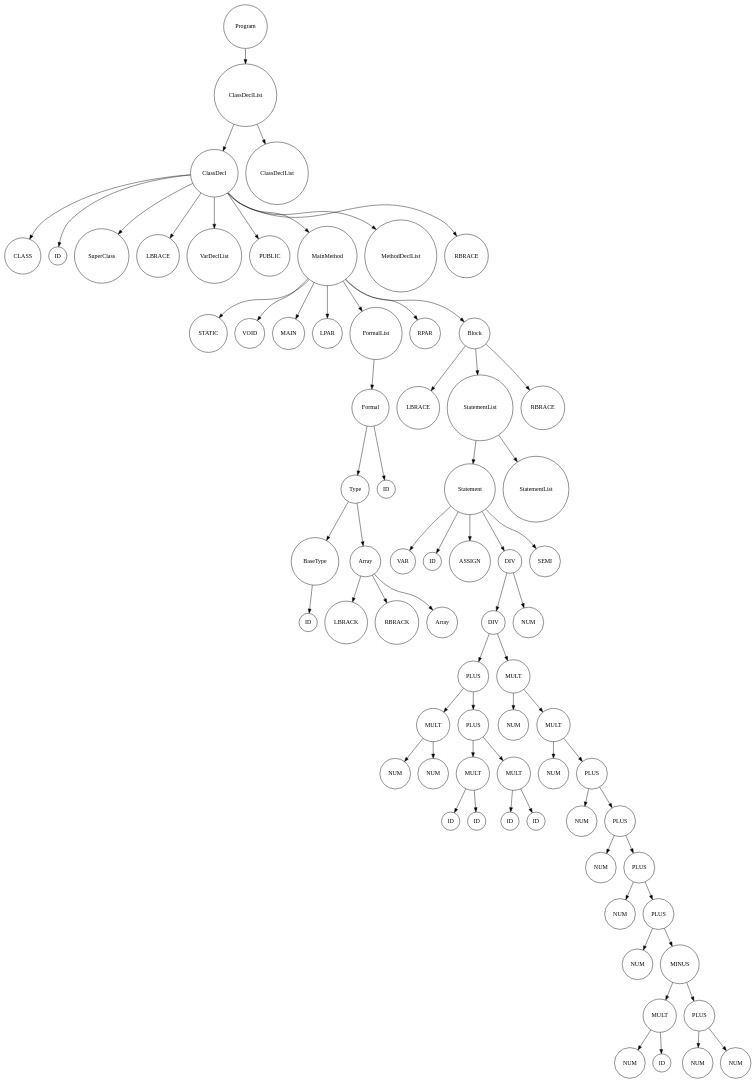
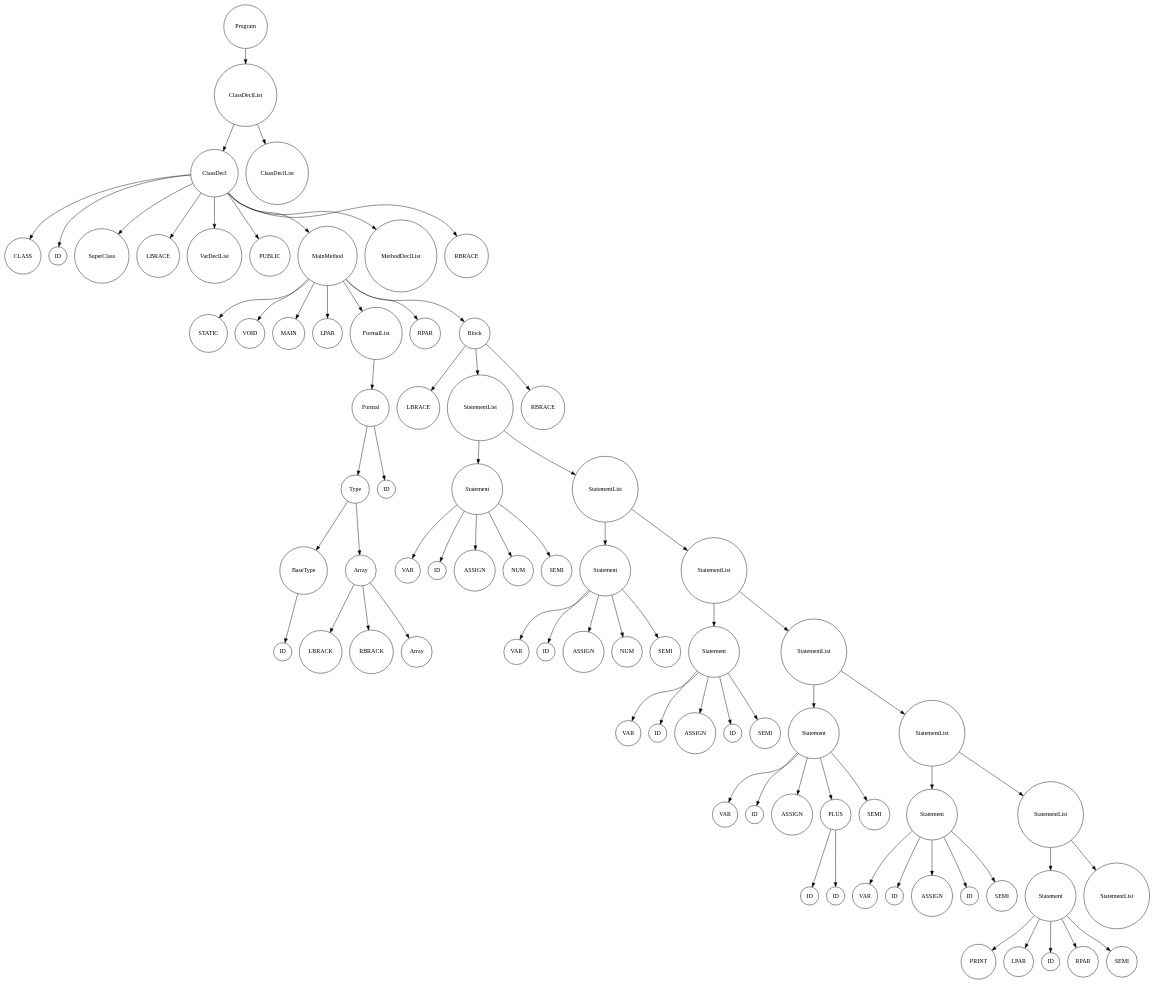
One commit to GH120/JS-Compiler changed the diagram in ast.dot. Above: the diagram before and after it, drawn with Graphviz. The commit also changed 6 other files, not shown here.

```diff
--- a/ast.dot
+++ b/ast.dot
@@ -1,145 +1,155 @@
 digraph G {
             rankdir=TB; // Tree-like top-bottom orientation
             node [shape=circle];
               node0 [label="Program"];
   node0_0 [label="ClassDeclList"];
   node0 -> node0_0;
   node0_0_0 [label="ClassDecl"];
   node0_0 -> node0_0_0;
   node0_0_0_0 [label="CLASS"];
   node0_0_0 -> node0_0_0_0;
   node0_0_0_1 [label="ID"];
   node0_0_0 -> node0_0_0_1;
   node0_0_0_2 [label="SuperClass"];
   node0_0_0 -> node0_0_0_2;
   node0_0_0_3 [label="LBRACE"];
   node0_0_0 -> node0_0_0_3;
   node0_0_0_4 [label="VarDeclList"];
   node0_0_0 -> node0_0_0_4;
   node0_0_0_5 [label="PUBLIC"];
   node0_0_0 -> node0_0_0_5;
   node0_0_0_6 [label="MainMethod"];
   node0_0_0 -> node0_0_0_6;
   node0_0_0_6_0 [label="STATIC"];
   node0_0_0_6 -> node0_0_0_6_0;
   node0_0_0_6_1 [label="VOID"];
   node0_0_0_6 -> node0_0_0_6_1;
   node0_0_0_6_2 [label="MAIN"];
   node0_0_0_6 -> node0_0_0_6_2;
   node0_0_0_6_3 [label="LPAR"];
   node0_0_0_6 -> node0_0_0_6_3;
   node0_0_0_6_4 [label="FormalList"];
   node0_0_0_6 -> node0_0_0_6_4;
   node0_0_0_6_4_0 [label="Formal"];
   node0_0_0_6_4 -> node0_0_0_6_4_0;
   node0_0_0_6_4_0_0 [label="Type"];
   node0_0_0_6_4_0 -> node0_0_0_6_4_0_0;
   node0_0_0_6_4_0_0_0 [label="BaseType"];
   node0_0_0_6_4_0_0 -> node0_0_0_6_4_0_0_0;
   node0_0_0_6_4_0_0_0_0 [label="ID"];
   node0_0_0_6_4_0_0_0 -> node0_0_0_6_4_0_0_0_0;
   node0_0_0_6_4_0_0_1 [label="Array"];
   node0_0_0_6_4_0_0 -> node0_0_0_6_4_0_0_1;
   node0_0_0_6_4_0_0_1_0 [label="LBRACK"];
   node0_0_0_6_4_0_0_1 -> node0_0_0_6_4_0_0_1_0;
   node0_0_0_6_4_0_0_1_1 [label="RBRACK"];
   node0_0_0_6_4_0_0_1 -> node0_0_0_6_4_0_0_1_1;
   node0_0_0_6_4_0_0_1_2 [label="Array"];
   node0_0_0_6_4_0_0_1 -> node0_0_0_6_4_0_0_1_2;
   node0_0_0_6_4_0_1 [label="ID"];
   node0_0_0_6_4_0 -> node0_0_0_6_4_0_1;
   node0_0_0_6_5 [label="RPAR"];
   node0_0_0_6 -> node0_0_0_6_5;
   node0_0_0_6_6 [label="Block"];
   node0_0_0_6 -> node0_0_0_6_6;
   node0_0_0_6_6_0 [label="LBRACE"];
   node0_0_0_6_6 -> node0_0_0_6_6_0;
   node0_0_0_6_6_1 [label="StatementList"];
   node0_0_0_6_6 -> node0_0_0_6_6_1;
   node0_0_0_6_6_1_0 [label="Statement"];
   node0_0_0_6_6_1 -> node0_0_0_6_6_1_0;
   node0_0_0_6_6_1_0_0 [label="VAR"];
   node0_0_0_6_6_1_0 -> node0_0_0_6_6_1_0_0;
   node0_0_0_6_6_1_0_1 [label="ID"];
   node0_0_0_6_6_1_0 -> node0_0_0_6_6_1_0_1;
   node0_0_0_6_6_1_0_2 [label="ASSIGN"];
   node0_0_0_6_6_1_0 -> node0_0_0_6_6_1_0_2;
-  node0_0_0_6_6_1_0_3 [label="DIV"];
+  node0_0_0_6_6_1_0_3 [label="NUM"];
   node0_0_0_6_6_1_0 -> node0_0_0_6_6_1_0_3;
-  node0_0_0_6_6_1_0_3_0 [label="DIV"];
-  node0_0_0_6_6_1_0_3 -> node0_0_0_6_6_1_0_3_0;
-  node0_0_0_6_6_1_0_3_0_0 [label="PLUS"];
-  node0_0_0_6_6_1_0_3_0 -> node0_0_0_6_6_1_0_3_0_0;
-  node0_0_0_6_6_1_0_3_0_0_0 [label="MULT"];
-  node0_0_0_6_6_1_0_3_0_0 -> node0_0_0_6_6_1_0_3_0_0_0;
-  node0_0_0_6_6_1_0_3_0_0_0_0 [label="NUM"];
-  node0_0_0_6_6_1_0_3_0_0_0 -> node0_0_0_6_6_1_0_3_0_0_0_0;
-  node0_0_0_6_6_1_0_3_0_0_0_1 [label="NUM"];
-  node0_0_0_6_6_1_0_3_0_0_0 -> node0_0_0_6_6_1_0_3_0_0_0_1;
-  node0_0_0_6_6_1_0_3_0_0_1 [label="PLUS"];
-  node0_0_0_6_6_1_0_3_0_0 -> node0_0_0_6_6_1_0_3_0_0_1;
-  node0_0_0_6_6_1_0_3_0_0_1_0 [label="MULT"];
-  node0_0_0_6_6_1_0_3_0_0_1 -> node0_0_0_6_6_1_0_3_0_0_1_0;
-  node0_0_0_6_6_1_0_3_0_0_1_0_0 [label="ID"];
-  node0_0_0_6_6_1_0_3_0_0_1_0 -> node0_0_0_6_6_1_0_3_0_0_1_0_0;
-  node0_0_0_6_6_1_0_3_0_0_1_0_1 [label="ID"];
-  node0_0_0_6_6_1_0_3_0_0_1_0 -> node0_0_0_6_6_1_0_3_0_0_1_0_1;
-  node0_0_0_6_6_1_0_3_0_0_1_1 [label="MULT"];
-  node0_0_0_6_6_1_0_3_0_0_1 -> node0_0_0_6_6_1_0_3_0_0_1_1;
-  node0_0_0_6_6_1_0_3_0_0_1_1_0 [label="ID"];
-  node0_0_0_6_6_1_0_3_0_0_1_1 -> node0_0_0_6_6_1_0_3_0_0_1_1_0;
-  node0_0_0_6_6_1_0_3_0_0_1_1_1 [label="ID"];
-  node0_0_0_6_6_1_0_3_0_0_1_1 -> node0_0_0_6_6_1_0_3_0_0_1_1_1;
-  node0_0_0_6_6_1_0_3_0_1 [label="MULT"];
-  node0_0_0_6_6_1_0_3_0 -> node0_0_0_6_6_1_0_3_0_1;
-  node0_0_0_6_6_1_0_3_0_1_0 [label="NUM"];
-  node0_0_0_6_6_1_0_3_0_1 -> node0_0_0_6_6_1_0_3_0_1_0;
-  node0_0_0_6_6_1_0_3_0_1_1 [label="MULT"];
-  node0_0_0_6_6_1_0_3_0_1 -> node0_0_0_6_6_1_0_3_0_1_1;
-  node0_0_0_6_6_1_0_3_0_1_1_0 [label="NUM"];
-  node0_0_0_6_6_1_0_3_0_1_1 -> node0_0_0_6_6_1_0_3_0_1_1_0;
-  node0_0_0_6_6_1_0_3_0_1_1_1 [label="PLUS"];
-  node0_0_0_6_6_1_0_3_0_1_1 -> node0_0_0_6_6_1_0_3_0_1_1_1;
-  node0_0_0_6_6_1_0_3_0_1_1_1_0 [label="NUM"];
-  node0_0_0_6_6_1_0_3_0_1_1_1 -> node0_0_0_6_6_1_0_3_0_1_1_1_0;
-  node0_0_0_6_6_1_0_3_0_1_1_1_1 [label="PLUS"];
-  node0_0_0_6_6_1_0_3_0_1_1_1 -> node0_0_0_6_6_1_0_3_0_1_1_1_1;
-  node0_0_0_6_6_1_0_3_0_1_1_1_1_0 [label="NUM"];
-  node0_0_0_6_6_1_0_3_0_1_1_1_1 -> node0_0_0_6_6_1_0_3_0_1_1_1_1_0;
-  node0_0_0_6_6_1_0_3_0_1_1_1_1_1 [label="PLUS"];
-  node0_0_0_6_6_1_0_3_0_1_1_1_1 -> node0_0_0_6_6_1_0_3_0_1_1_1_1_1;
-  node0_0_0_6_6_1_0_3_0_1_1_1_1_1_0 [label="NUM"];
-  node0_0_0_6_6_1_0_3_0_1_1_1_1_1 -> node0_0_0_6_6_1_0_3_0_1_1_1_1_1_0;
-  node0_0_0_6_6_1_0_3_0_1_1_1_1_1_1 [label="PLUS"];
-  node0_0_0_6_6_1_0_3_0_1_1_1_1_1 -> node0_0_0_6_6_1_0_3_0_1_1_1_1_1_1;
-  node0_0_0_6_6_1_0_3_0_1_1_1_1_1_1_0 [label="NUM"];
-  node0_0_0_6_6_1_0_3_0_1_1_1_1_1_1 -> node0_0_0_6_6_1_0_3_0_1_1_1_1_1_1_0;
-  node0_0_0_6_6_1_0_3_0_1_1_1_1_1_1_1 [label="MINUS"];
-  node0_0_0_6_6_1_0_3_0_1_1_1_1_1_1 -> node0_0_0_6_6_1_0_3_0_1_1_1_1_1_1_1;
-  node0_0_0_6_6_1_0_3_0_1_1_1_1_1_1_1_0 [label="MULT"];
-  node0_0_0_6_6_1_0_3_0_1_1_1_1_1_1_1 -> node0_0_0_6_6_1_0_3_0_1_1_1_1_1_1_1_0;
-  node0_0_0_6_6_1_0_3_0_1_1_1_1_1_1_1_0_0 [label="NUM"];
-  node0_0_0_6_6_1_0_3_0_1_1_1_1_1_1_1_0 -> node0_0_0_6_6_1_0_3_0_1_1_1_1_1_1_1_0_0;
-  node0_0_0_6_6_1_0_3_0_1_1_1_1_1_1_1_0_1 [label="ID"];
-  node0_0_0_6_6_1_0_3_0_1_1_1_1_1_1_1_0 -> node0_0_0_6_6_1_0_3_0_1_1_1_1_1_1_1_0_1;
-  node0_0_0_6_6_1_0_3_0_1_1_1_1_1_1_1_1 [label="PLUS"];
-  node0_0_0_6_6_1_0_3_0_1_1_1_1_1_1_1 -> node0_0_0_6_6_1_0_3_0_1_1_1_1_1_1_1_1;
-  node0_0_0_6_6_1_0_3_0_1_1_1_1_1_1_1_1_0 [label="NUM"];
-  node0_0_0_6_6_1_0_3_0_1_1_1_1_1_1_1_1 -> node0_0_0_6_6_1_0_3_0_1_1_1_1_1_1_1_1_0;
-  node0_0_0_6_6_1_0_3_0_1_1_1_1_1_1_1_1_1 [label="NUM"];
-  node0_0_0_6_6_1_0_3_0_1_1_1_1_1_1_1_1 -> node0_0_0_6_6_1_0_3_0_1_1_1_1_1_1_1_1_1;
-  node0_0_0_6_6_1_0_3_1 [label="NUM"];
-  node0_0_0_6_6_1_0_3 -> node0_0_0_6_6_1_0_3_1;
   node0_0_0_6_6_1_0_4 [label="SEMI"];
   node0_0_0_6_6_1_0 -> node0_0_0_6_6_1_0_4;
   node0_0_0_6_6_1_1 [label="StatementList"];
   node0_0_0_6_6_1 -> node0_0_0_6_6_1_1;
+  node0_0_0_6_6_1_1_0 [label="Statement"];
+  node0_0_0_6_6_1_1 -> node0_0_0_6_6_1_1_0;
+  node0_0_0_6_6_1_1_0_0 [label="VAR"];
+  node0_0_0_6_6_1_1_0 -> node0_0_0_6_6_1_1_0_0;
+  node0_0_0_6_6_1_1_0_1 [label="ID"];
+  node0_0_0_6_6_1_1_0 -> node0_0_0_6_6_1_1_0_1;
+  node0_0_0_6_6_1_1_0_2 [label="ASSIGN"];
+  node0_0_0_6_6_1_1_0 -> node0_0_0_6_6_1_1_0_2;
+  node0_0_0_6_6_1_1_0_3 [label="NUM"];
+  node0_0_0_6_6_1_1_0 -> node0_0_0_6_6_1_1_0_3;
+  node0_0_0_6_6_1_1_0_4 [label="SEMI"];
+  node0_0_0_6_6_1_1_0 -> node0_0_0_6_6_1_1_0_4;
+  node0_0_0_6_6_1_1_1 [label="StatementList"];
+  node0_0_0_6_6_1_1 -> node0_0_0_6_6_1_1_1;
+  node0_0_0_6_6_1_1_1_0 [label="Statement"];
+  node0_0_0_6_6_1_1_1 -> node0_0_0_6_6_1_1_1_0;
+  node0_0_0_6_6_1_1_1_0_0 [label="VAR"];
+  node0_0_0_6_6_1_1_1_0 -> node0_0_0_6_6_1_1_1_0_0;
+  node0_0_0_6_6_1_1_1_0_1 [label="ID"];
+  node0_0_0_6_6_1_1_1_0 -> node0_0_0_6_6_1_1_1_0_1;
+  node0_0_0_6_6_1_1_1_0_2 [label="ASSIGN"];
+  node0_0_0_6_6_1_1_1_0 -> node0_0_0_6_6_1_1_1_0_2;
+  node0_0_0_6_6_1_1_1_0_3 [label="ID"];
+  node0_0_0_6_6_1_1_1_0 -> node0_0_0_6_6_1_1_1_0_3;
+  node0_0_0_6_6_1_1_1_0_4 [label="SEMI"];
+  node0_0_0_6_6_1_1_1_0 -> node0_0_0_6_6_1_1_1_0_4;
+  node0_0_0_6_6_1_1_1_1 [label="StatementList"];
+  node0_0_0_6_6_1_1_1 -> node0_0_0_6_6_1_1_1_1;
+  node0_0_0_6_6_1_1_1_1_0 [label="Statement"];
+  node0_0_0_6_6_1_1_1_1 -> node0_0_0_6_6_1_1_1_1_0;
+  node0_0_0_6_6_1_1_1_1_0_0 [label="VAR"];
+  node0_0_0_6_6_1_1_1_1_0 -> node0_0_0_6_6_1_1_1_1_0_0;
+  node0_0_0_6_6_1_1_1_1_0_1 [label="ID"];
+  node0_0_0_6_6_1_1_1_1_0 -> node0_0_0_6_6_1_1_1_1_0_1;
+  node0_0_0_6_6_1_1_1_1_0_2 [label="ASSIGN"];
+  node0_0_0_6_6_1_1_1_1_0 -> node0_0_0_6_6_1_1_1_1_0_2;
+  node0_0_0_6_6_1_1_1_1_0_3 [label="PLUS"];
+  node0_0_0_6_6_1_1_1_1_0 -> node0_0_0_6_6_1_1_1_1_0_3;
+  node0_0_0_6_6_1_1_1_1_0_3_0 [label="ID"];
+  node0_0_0_6_6_1_1_1_1_0_3 -> node0_0_0_6_6_1_1_1_1_0_3_0;
+  node0_0_0_6_6_1_1_1_1_0_3_1 [label="ID"];
+  node0_0_0_6_6_1_1_1_1_0_3 -> node0_0_0_6_6_1_1_1_1_0_3_1;
+  node0_0_0_6_6_1_1_1_1_0_4 [label="SEMI"];
+  node0_0_0_6_6_1_1_1_1_0 -> node0_0_0_6_6_1_1_1_1_0_4;
+  node0_0_0_6_6_1_1_1_1_1 [label="StatementList"];
+  node0_0_0_6_6_1_1_1_1 -> node0_0_0_6_6_1_1_1_1_1;
+  node0_0_0_6_6_1_1_1_1_1_0 [label="Statement"];
+  node0_0_0_6_6_1_1_1_1_1 -> node0_0_0_6_6_1_1_1_1_1_0;
+  node0_0_0_6_6_1_1_1_1_1_0_0 [label="VAR"];
+  node0_0_0_6_6_1_1_1_1_1_0 -> node0_0_0_6_6_1_1_1_1_1_0_0;
+  node0_0_0_6_6_1_1_1_1_1_0_1 [label="ID"];
+  node0_0_0_6_6_1_1_1_1_1_0 -> node0_0_0_6_6_1_1_1_1_1_0_1;
+  node0_0_0_6_6_1_1_1_1_1_0_2 [label="ASSIGN"];
+  node0_0_0_6_6_1_1_1_1_1_0 -> node0_0_0_6_6_1_1_1_1_1_0_2;
+  node0_0_0_6_6_1_1_1_1_1_0_3 [label="ID"];
+  node0_0_0_6_6_1_1_1_1_1_0 -> node0_0_0_6_6_1_1_1_1_1_0_3;
+  node0_0_0_6_6_1_1_1_1_1_0_4 [label="SEMI"];
+  node0_0_0_6_6_1_1_1_1_1_0 -> node0_0_0_6_6_1_1_1_1_1_0_4;
+  node0_0_0_6_6_1_1_1_1_1_1 [label="StatementList"];
+  node0_0_0_6_6_1_1_1_1_1 -> node0_0_0_6_6_1_1_1_1_1_1;
+  node0_0_0_6_6_1_1_1_1_1_1_0 [label="Statement"];
+  node0_0_0_6_6_1_1_1_1_1_1 -> node0_0_0_6_6_1_1_1_1_1_1_0;
+  node0_0_0_6_6_1_1_1_1_1_1_0_0 [label="PRINT"];
+  node0_0_0_6_6_1_1_1_1_1_1_0 -> node0_0_0_6_6_1_1_1_1_1_1_0_0;
+  node0_0_0_6_6_1_1_1_1_1_1_0_1 [label="LPAR"];
+  node0_0_0_6_6_1_1_1_1_1_1_0 -> node0_0_0_6_6_1_1_1_1_1_1_0_1;
+  node0_0_0_6_6_1_1_1_1_1_1_0_2 [label="ID"];
+  node0_0_0_6_6_1_1_1_1_1_1_0 -> node0_0_0_6_6_1_1_1_1_1_1_0_2;
+  node0_0_0_6_6_1_1_1_1_1_1_0_3 [label="RPAR"];
+  node0_0_0_6_6_1_1_1_1_1_1_0 -> node0_0_0_6_6_1_1_1_1_1_1_0_3;
+  node0_0_0_6_6_1_1_1_1_1_1_0_4 [label="SEMI"];
+  node0_0_0_6_6_1_1_1_1_1_1_0 -> node0_0_0_6_6_1_1_1_1_1_1_0_4;
+  node0_0_0_6_6_1_1_1_1_1_1_1 [label="StatementList"];
+  node0_0_0_6_6_1_1_1_1_1_1 -> node0_0_0_6_6_1_1_1_1_1_1_1;
   node0_0_0_6_6_2 [label="RBRACE"];
   node0_0_0_6_6 -> node0_0_0_6_6_2;
   node0_0_0_7 [label="MethodDeclList"];
   node0_0_0 -> node0_0_0_7;
   node0_0_0_8 [label="RBRACE"];
   node0_0_0 -> node0_0_0_8;
   node0_0_1 [label="ClassDeclList"];
   node0_0 -> node0_0_1;
         }
```
